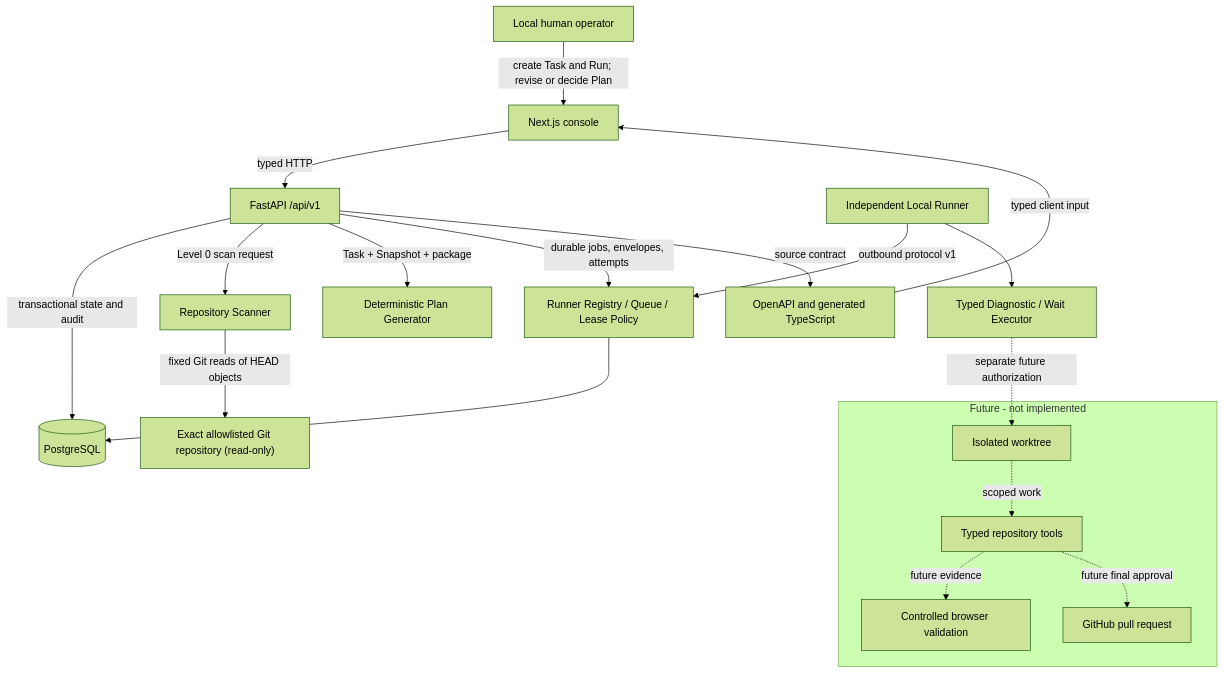
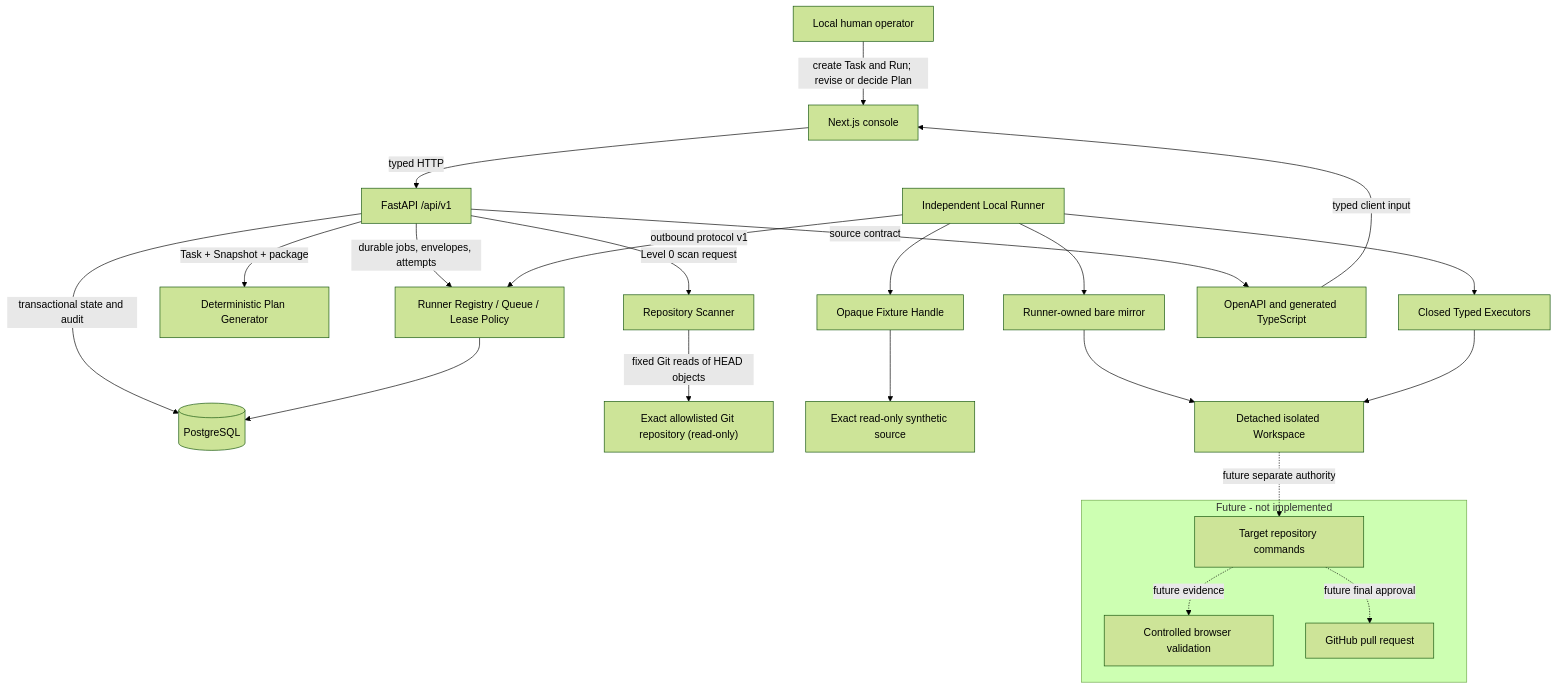
One commit to dankk0220abc-prog/visual-engineer changed the first of 4 diagrams in docs/architecture/system-overview.md. Above: the diagram before and after it, drawn with Mermaid (forest theme). The commit also changed other lines of this file and 88 other files, not shown here.

Commit message:
feat: add isolated workspace and scoped file tools

````diff
--- a/docs/architecture/system-overview.md
+++ b/docs/architecture/system-overview.md
@@ -7,39 +7,46 @@
 ```mermaid
 flowchart TB
     H["Local human operator"]
     W["Next.js console"]
     A["FastAPI /api/v1"]
     D[("PostgreSQL")]
     S["Repository Scanner"]
     R["Exact allowlisted Git repository (read-only)"]
     P["Deterministic Plan Generator"]
     Q["Runner Registry / Queue / Lease Policy"]
     LR["Independent Local Runner"]
-    E["Typed Diagnostic / Wait Executor"]
+    E["Closed Typed Executors"]
+    HND["Opaque Fixture Handle"]
+    SRC["Exact read-only synthetic source"]
+    M["Runner-owned bare mirror"]
+    IW["Detached isolated Workspace"]
     O["OpenAPI and generated TypeScript"]
 
     H -->|"create Task and Run; revise or decide Plan"| W
     W -->|"typed HTTP"| A
     A -->|"transactional state and audit"| D
     A -->|"Level 0 scan request"| S
     S -->|"fixed Git reads of HEAD objects"| R
     A -->|"Task + Snapshot + package"| P
     A -->|"durable jobs, envelopes, attempts"| Q
     Q --> D
     LR -->|"outbound protocol v1"| Q
     LR --> E
+    LR --> HND
+    HND --> SRC
+    LR --> M
+    M --> IW
+    E --> IW
     A -->|"source contract"| O
     O -->|"typed client input"| W
 
     subgraph Future["Future - not implemented"]
-        IW["Isolated worktree"]
-        T["Typed repository tools"]
         B["Controlled browser validation"]
         G["GitHub pull request"]
+        C["Target repository commands"]
     end
 
-    E -. "separate future authorization" .-> IW
-    IW -. "scoped work" .-> T
-    T -. "future evidence" .-> B
-    T -. "future final approval" .-> G
+    IW -. "future separate authority" .-> C
+    C -. "future evidence" .-> B
+    C -. "future final approval" .-> G
 ```
````
